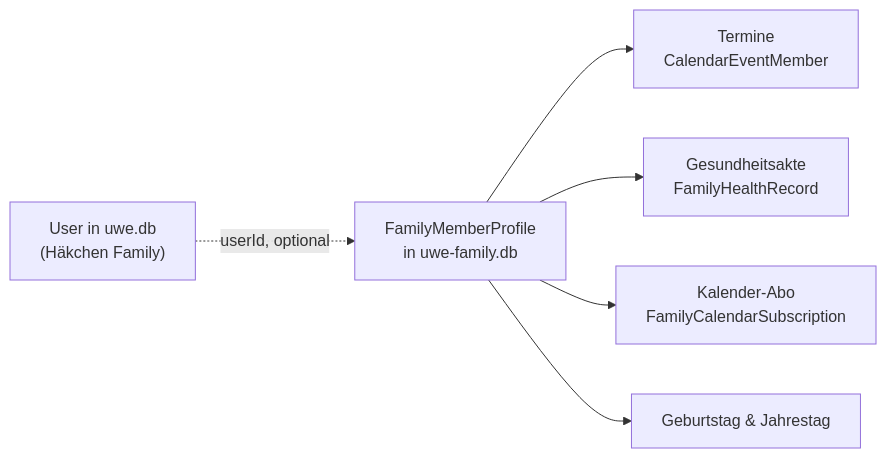
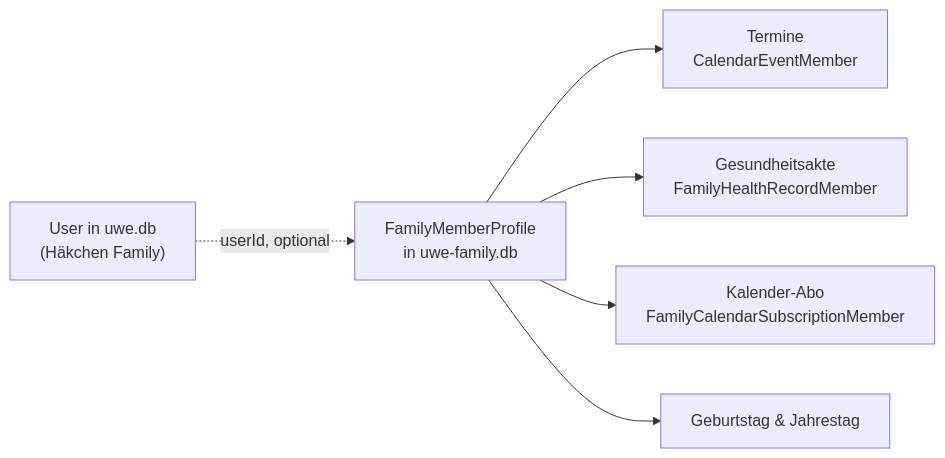
The diagram in docs/family/mitglieder.md (Nehmo101/UWE), drawn with Mermaid before and after one commit. The commit also changed other lines of this file and 37 other files, not shown here.

````diff
--- a/docs/family/mitglieder.md
+++ b/docs/family/mitglieder.md
@@ -7,8 +7,8 @@
 ```mermaid
 flowchart LR
   U["User in uwe.db<br/>(Häkchen Family)"] -. "userId, optional" .-> M["FamilyMemberProfile<br/>in uwe-family.db"]
   M --> C["Termine<br/>CalendarEventMember"]
-  M --> G["Gesundheitsakte<br/>FamilyHealthRecord"]
-  M --> A["Kalender-Abo<br/>FamilyCalendarSubscription"]
+  M --> G["Gesundheitsakte<br/>FamilyHealthRecordMember"]
+  M --> A["Kalender-Abo<br/>FamilyCalendarSubscriptionMember"]
   M --> B["Geburtstag & Jahrestag"]
 ```
````
